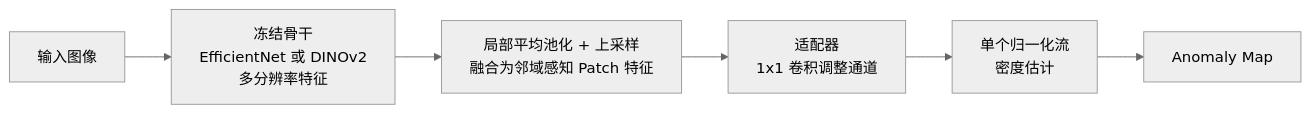
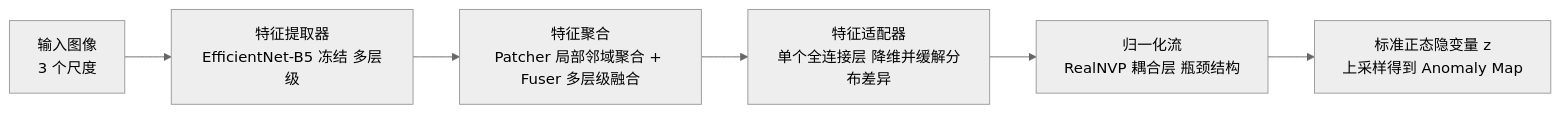
Before and after one commit to junxnone/aiwiki: the diagram in docs/0739_paper_PatchFlow.md, drawn with Mermaid (neutral theme). The commit also changed other lines of this file and 1 other file, not shown here.

Commit message:
更新了 paper PatchFlow

````diff
--- a/docs/0739_paper_PatchFlow.md
+++ b/docs/0739_paper_PatchFlow.md
@@ -21,8 +22,8 @@
 ```mermaid
 graph LR
-    X["输入图像"] --> B["冻结骨干<br/>EfficientNet 或 DINOv2<br/>多分辨率特征"]
-    B --> P["局部平均池化 + 上采样<br/>融合为邻域感知 Patch 特征"]
-    P --> A["适配器<br/>1x1 卷积调整通道"]
-    A --> F["单个归一化流<br/>密度估计"]
-    F --> M["Anomaly Map"]
+    X["输入图像<br/>3 个尺度"] --> E["特征提取器<br/>EfficientNet-B5 冻结 多层级"]
+    E --> P["特征聚合<br/>Patcher 局部邻域聚合 + Fuser 多层级融合"]
+    P --> A["特征适配器<br/>单个全连接层 降维并缓解分布差异"]
+    A --> F["归一化流<br/>RealNVP 耦合层 瓶颈结构"]
+    F --> Z["标准正态隐变量 z<br/>上采样得到 Anomaly Map"]
 ```
````
